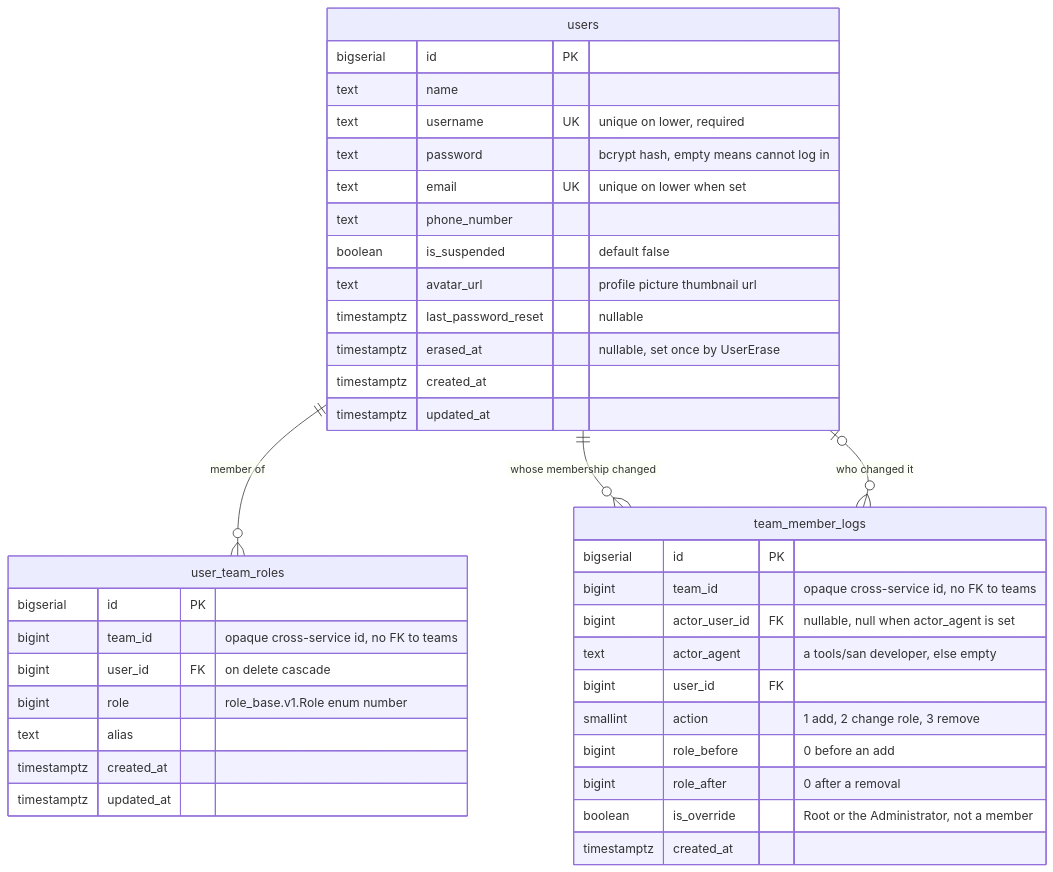
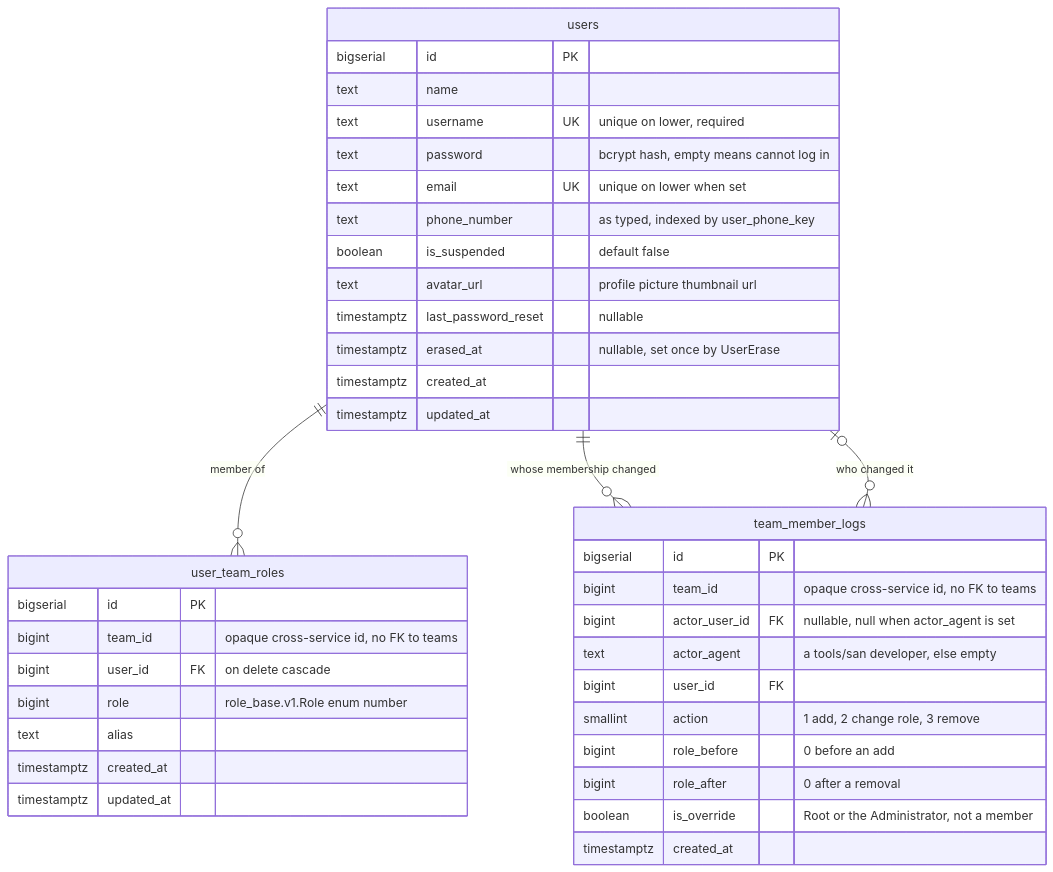
The second of 16 diagrams in docs/database-schema.md (pdcgo/warehouse_revamp), drawn with Mermaid before and after one commit. The commit also changed other lines of this file and 56 other files, not shown here.

````diff
--- a/docs/database-schema.md
+++ b/docs/database-schema.md
@@ -102,44 +102,44 @@
 ```mermaid
 erDiagram
     users ||--o{ user_team_roles : "member of"
     users ||--o{ team_member_logs : "whose membership changed"
     users |o--o{ team_member_logs : "who changed it"
 
     users {
         bigserial   id                  PK
         text        name
         text        username            UK "unique on lower, required"
         text        password            "bcrypt hash, empty means cannot log in"
         text        email               UK "unique on lower when set"
-        text        phone_number
+        text        phone_number        "as typed, indexed by user_phone_key"
         boolean     is_suspended        "default false"
         text        avatar_url          "profile picture thumbnail url"
         timestamptz last_password_reset "nullable"
         timestamptz erased_at           "nullable, set once by UserErase"
         timestamptz created_at
         timestamptz updated_at
     }
 
     user_team_roles {
         bigserial   id         PK
         bigint      team_id    "opaque cross-service id, no FK to teams"
         bigint      user_id    FK "on delete cascade"
         bigint      role       "role_base.v1.Role enum number"
         text        alias
         timestamptz created_at
         timestamptz updated_at
     }
 
     team_member_logs {
         bigserial   id            PK
         bigint      team_id       "opaque cross-service id, no FK to teams"
         bigint      actor_user_id FK "nullable, null when actor_agent is set"
         text        actor_agent   "a tools/san developer, else empty"
         bigint      user_id       FK
         smallint    action        "1 add, 2 change role, 3 remove"
         bigint      role_before   "0 before an add"
         bigint      role_after    "0 after a removal"
         boolean     is_override   "Root or the Administrator, not a member"
         timestamptz created_at
     }
 ```
````
